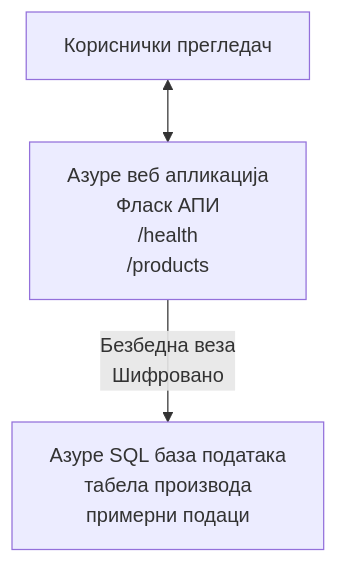
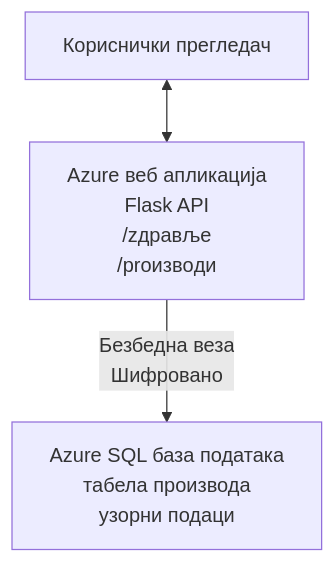
Before and after one commit to microsoft/AZD-for-beginners: the diagram in translations/sr/examples/database-app/README.md, drawn with Mermaid. The commit also changed other lines of this file and 104 other files, not shown here.

````diff
--- a/translations/sr/examples/database-app/README.md
+++ b/translations/sr/examples/database-app/README.md
@@ -72,5 +72,5 @@
 ```mermaid
 graph TD
-    Browser[Кориснички прегледач] <--> WebApp[Азуре веб апликација<br/>Фласк АПИ<br/>/health<br/>/products]
-    WebApp -- Безбедна веза<br/>Шифровано --> SQL[Азуре SQL база података<br/>табела производа<br/>примерни подаци]
+    Browser[Кориснички прегледач] <--> WebApp[Azure веб апликација<br/>Flask API<br/>/zдравље<br/>/proизвoди]
+    WebApp -- Безбедна веза<br/>Шифровано --> SQL[Azure SQL база података<br/>табела производа<br/>узорни подаци]
 ```
````
